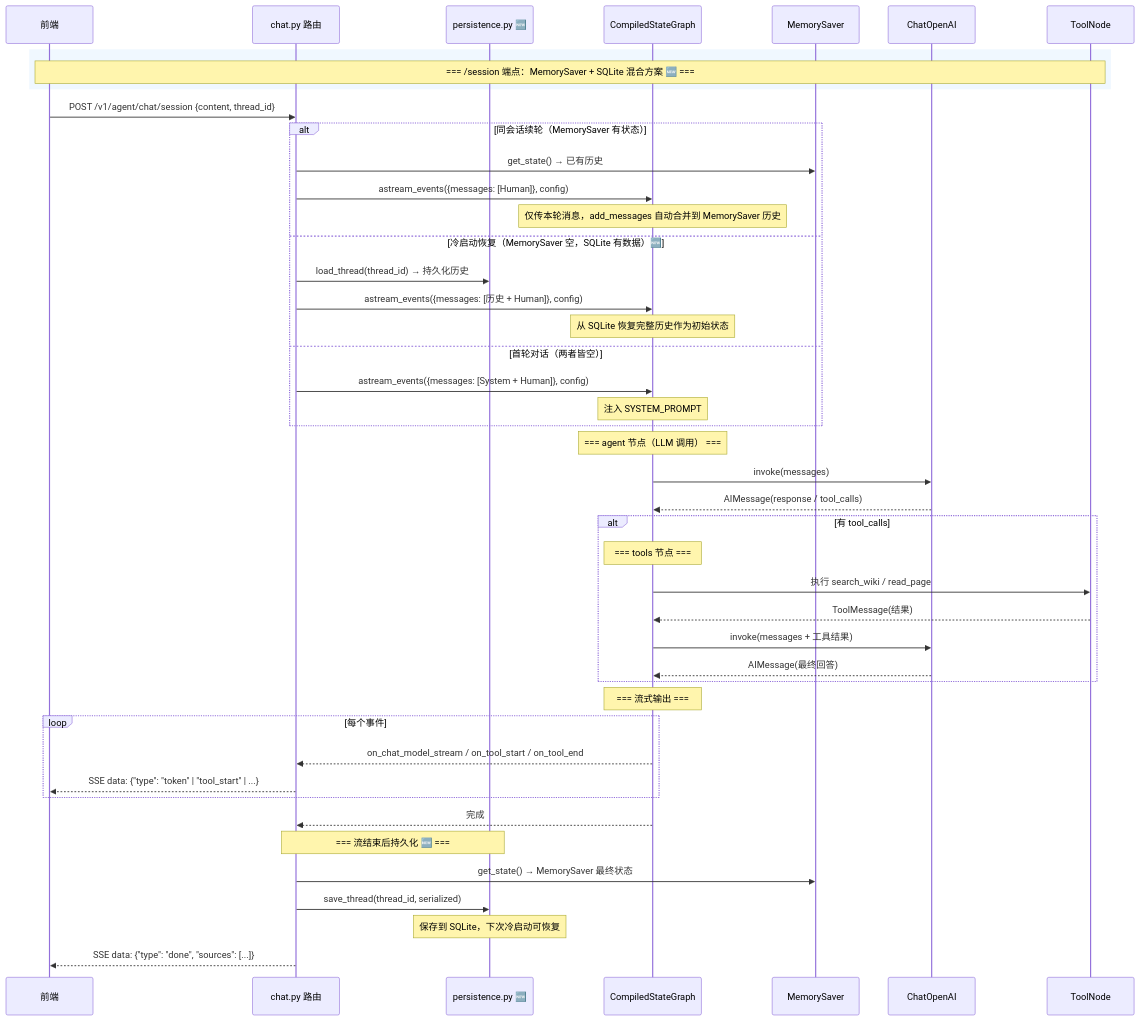
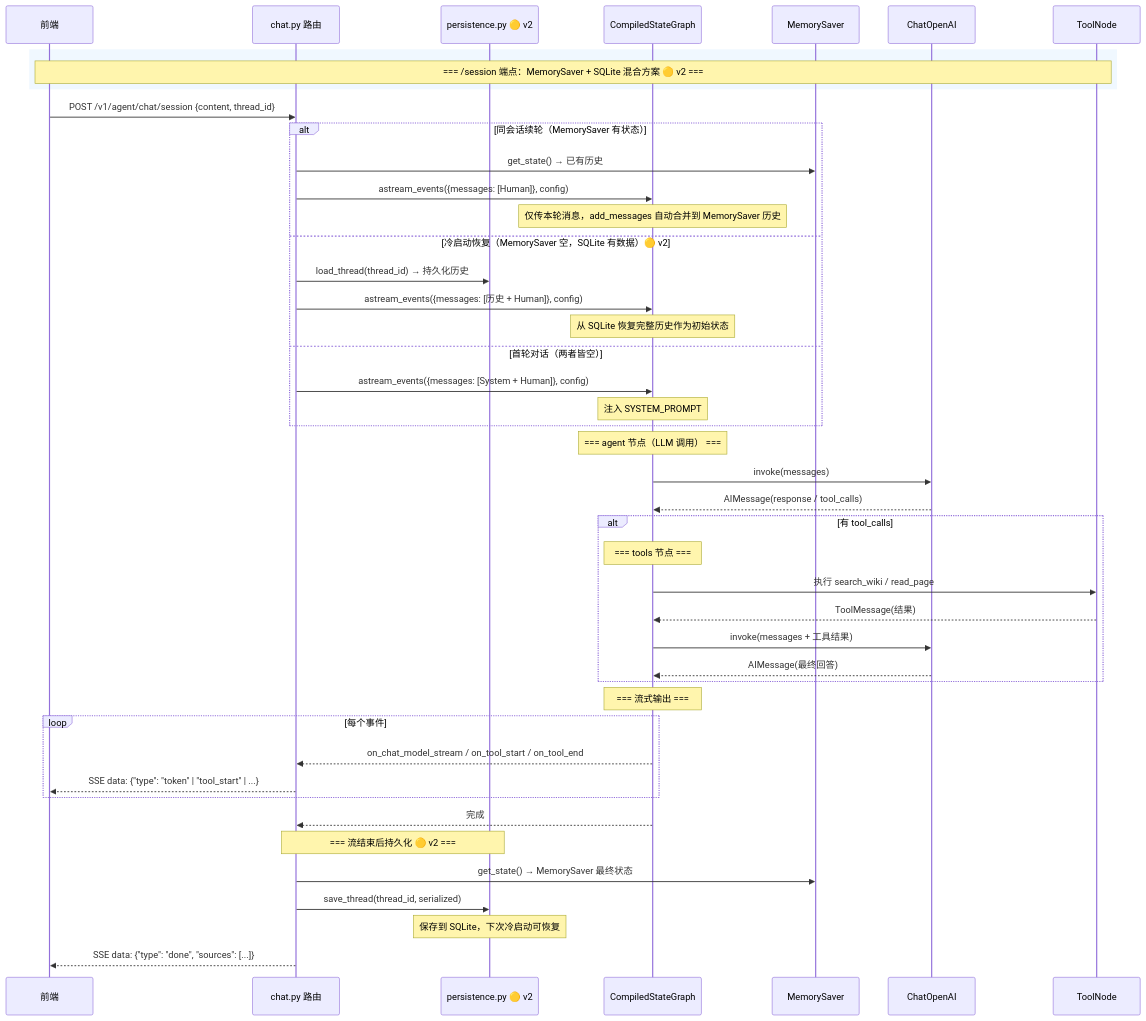
One commit to wuLa0702/llm_wiki_selfbuild changed the second of 9 diagrams in docs/agent-architecture-diagrams.md. Above: the diagram before and after it, drawn with Mermaid. The commit also changed other lines of this file, not shown here.

````diff
--- a/docs/agent-architecture-diagrams.md
+++ b/docs/agent-architecture-diagrams.md
@@ -33,58 +51,58 @@
 ```mermaid
 sequenceDiagram
     participant Client as 前端
     participant Route as chat.py 路由
-    participant Persist as persistence.py 🆕
+    participant Persist as persistence.py 🟡 v2
     participant Graph as CompiledStateGraph
     participant Checkpoint as MemorySaver
     participant LLM as ChatOpenAI
     participant Tools as ToolNode
 
     rect rgb(240, 248, 255)
-        Note over Client,Tools: === /session 端点：MemorySaver + SQLite 混合方案 🆕 ===
+        Note over Client,Tools: === /session 端点：MemorySaver + SQLite 混合方案 🟡 v2 ===
     end
 
     Client->>Route: POST /v1/agent/chat/session {content, thread_id}
 
     alt 同会话续轮（MemorySaver 有状态）
         Route->>Checkpoint: get_state() → 已有历史
         Route->>Graph: astream_events({messages: [Human]}, config)
         Note over Graph: 仅传本轮消息，add_messages 自动合并到 MemorySaver 历史
 
-    else 冷启动恢复（MemorySaver 空，SQLite 有数据）🆕
+    else 冷启动恢复（MemorySaver 空，SQLite 有数据）🟡 v2
         Route->>Persist: load_thread(thread_id) → 持久化历史
         Route->>Graph: astream_events({messages: [历史 + Human]}, config)
         Note over Graph: 从 SQLite 恢复完整历史作为初始状态
 
     else 首轮对话（两者皆空）
         Route->>Graph: astream_events({messages: [System + Human]}, config)
         Note over Graph: 注入 SYSTEM_PROMPT
     end
 
     Note over Graph: === agent 节点（LLM 调用） ===
     Graph->>LLM: invoke(messages)
     LLM-->>Graph: AIMessage(response / tool_calls)
 
     alt 有 tool_calls
         Note over Graph: === tools 节点 ===
         Graph->>Tools: 执行 search_wiki / read_page
         Tools-->>Graph: ToolMessage(结果)
         Graph->>LLM: invoke(messages + 工具结果)
         LLM-->>Graph: AIMessage(最终回答)
     end
 
     Note over Graph: === 流式输出 ===
     loop 每个事件
         Graph-->>Route: on_chat_model_stream / on_tool_start / on_tool_end
         Route-->>Client: SSE data: {"type": "token" | "tool_start" | ...}
     end
 
     Graph-->>Route: 完成
 
-    Note over Route,Persist: === 流结束后持久化 🆕 ===
+    Note over Route,Persist: === 流结束后持久化 🟡 v2 ===
     Route->>Checkpoint: get_state() → MemorySaver 最终状态
     Route->>Persist: save_thread(thread_id, serialized)
     Note over Persist: 保存到 SQLite，下次冷启动可恢复
 
     Route-->>Client: SSE data: {"type": "done", "sources": [...]}
 ```
````
